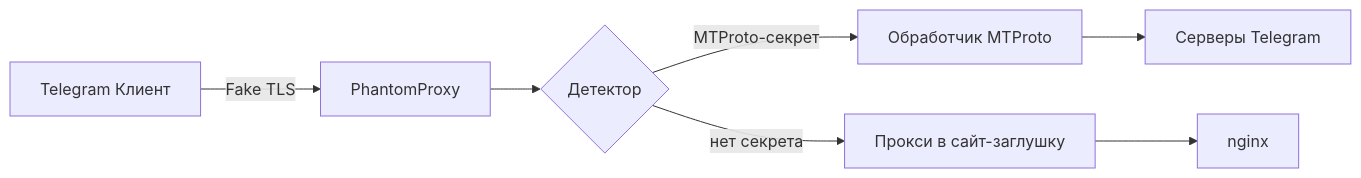
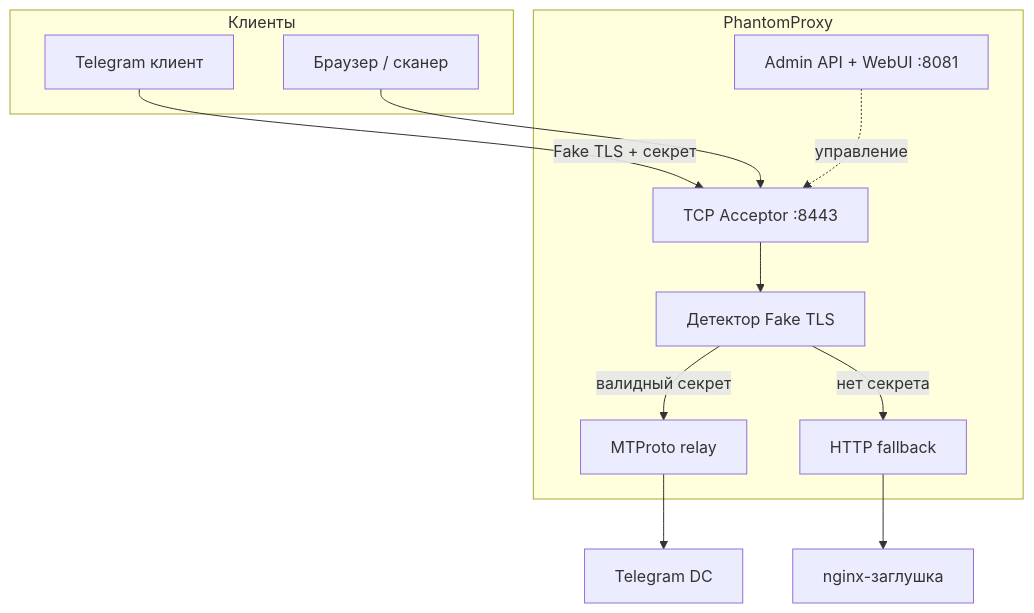
One commit to RioTwWks/PhantomProxy changed the diagram in README.md. Above: the diagram before and after it, drawn with Mermaid. The commit also changed other lines of this file and 8 other files, not shown here.

````diff
--- a/README.md
+++ b/README.md
@@ -20,9 +22,24 @@
 ```mermaid
-flowchart LR
-    A[Telegram Клиент] -->|Fake TLS| B[PhantomProxy]
-    B --> C{Детектор}
-    C -->|MTProto-секрет| D[Обработчик MTProto]
-    C -->|нет секрета| E[Прокси в сайт-заглушку]
-    D --> F[Серверы Telegram]
-    E --> G[nginx]
+flowchart TB
+    subgraph clients [Клиенты]
+        TG[Telegram клиент]
+        SCAN[Браузер / сканер]
+    end
+
+    subgraph phantom [PhantomProxy]
+        ACC[TCP Acceptor :8443]
+        DET[Детектор Fake TLS]
+        MTP[MTProto relay]
+        FB[HTTP fallback]
+        ADM[Admin API + WebUI :8081]
+    end
+
+    TG -->|Fake TLS + секрет| ACC
+    SCAN --> ACC
+    ACC --> DET
+    DET -->|валидный секрет| MTP
+    DET -->|нет секрета| FB
+    MTP --> DC[Telegram DC]
+    FB --> WEB[nginx-заглушка]
+    ADM -.->|управление| ACC
 ```
````
